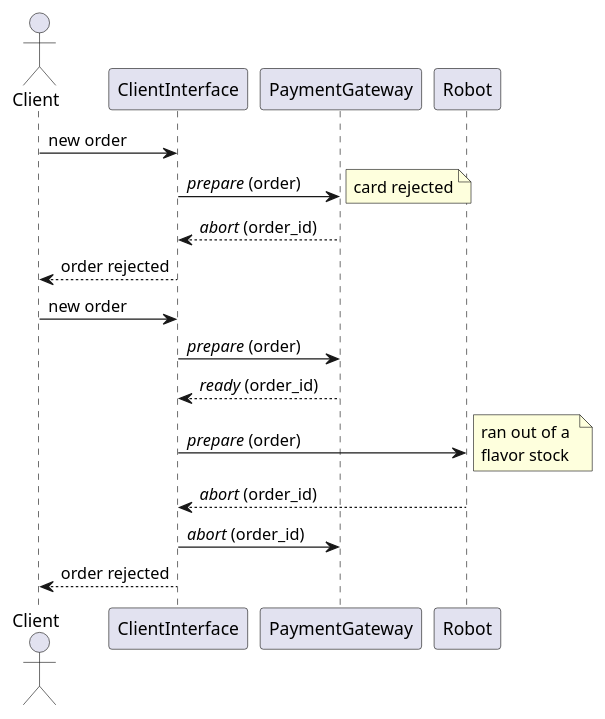
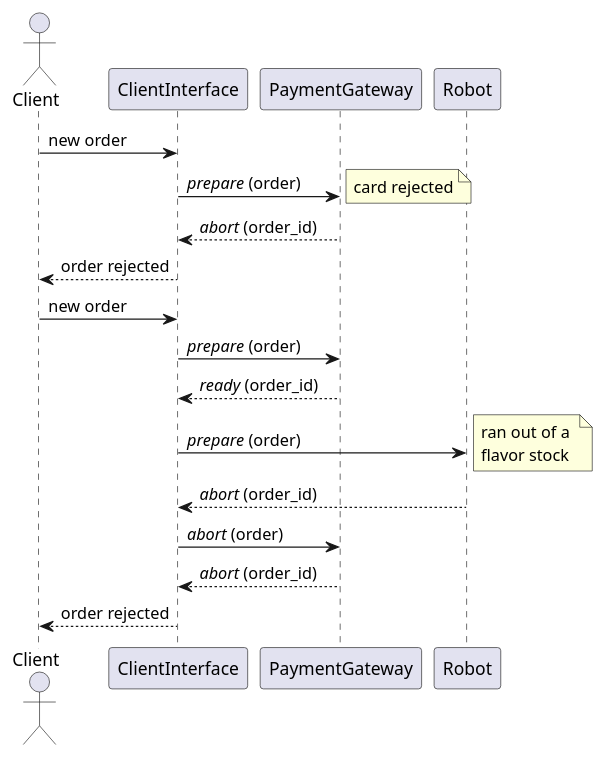
Before and after one commit to rebeselman/tp2-concurrentes-1c2024: the diagram in img/diagrams/puml/abort_sequences.puml, drawn with PlantUML. The commit also changed 2 other files, not shown here.

Commit message:
ejecucion, cambios al disenio inicial y actualizacion diagrama abort_sequence

```diff
--- a/img/diagrams/puml/abort_sequences.puml
+++ b/img/diagrams/puml/abort_sequences.puml
@@ -1,28 +1,29 @@
 @startuml abort_sequences
 actor Client
 participant ClientInterface
 participant PaymentGateway
 participant Robot
 
 Client -> ClientInterface: new order
 ClientInterface -> PaymentGateway: //prepare// (order)
 note right 
 card rejected
 end note
 PaymentGateway --> ClientInterface: //abort// (order_id)
 
 ClientInterface --> Client: order rejected
 
 Client -> ClientInterface: new order
 ClientInterface -> PaymentGateway: //prepare// (order)
 PaymentGateway --> ClientInterface: //ready// (order_id)
 ClientInterface -> Robot: //prepare// (order)
 note right
 ran out of a 
 flavor stock
 end note
 Robot --> ClientInterface: //abort// (order_id)
-ClientInterface -> PaymentGateway: //abort// (order_id)
+ClientInterface -> PaymentGateway: //abort// (order)
+PaymentGateway --> ClientInterface: //abort// (order_id)
 ClientInterface --> Client: order rejected
 
 @enduml
```
